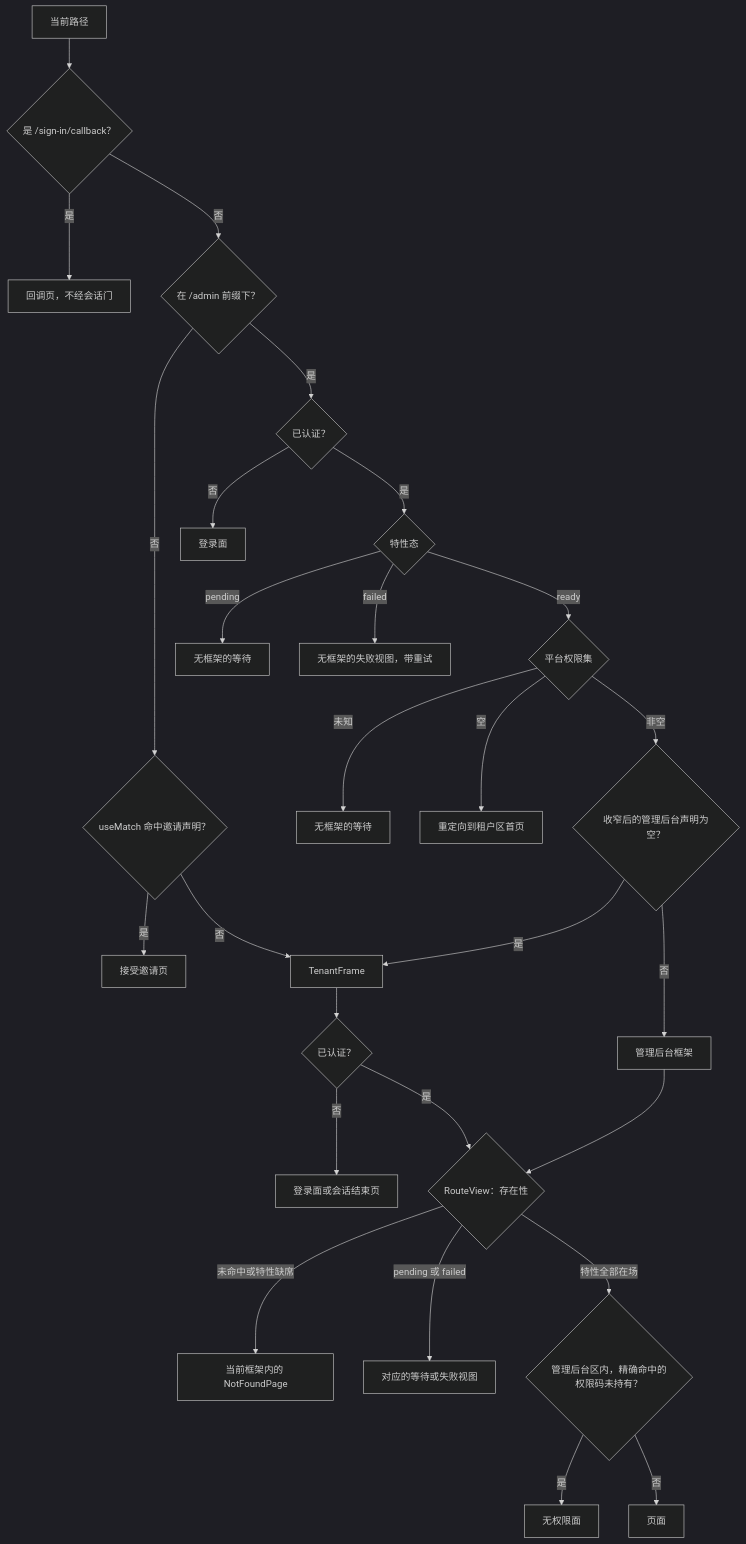
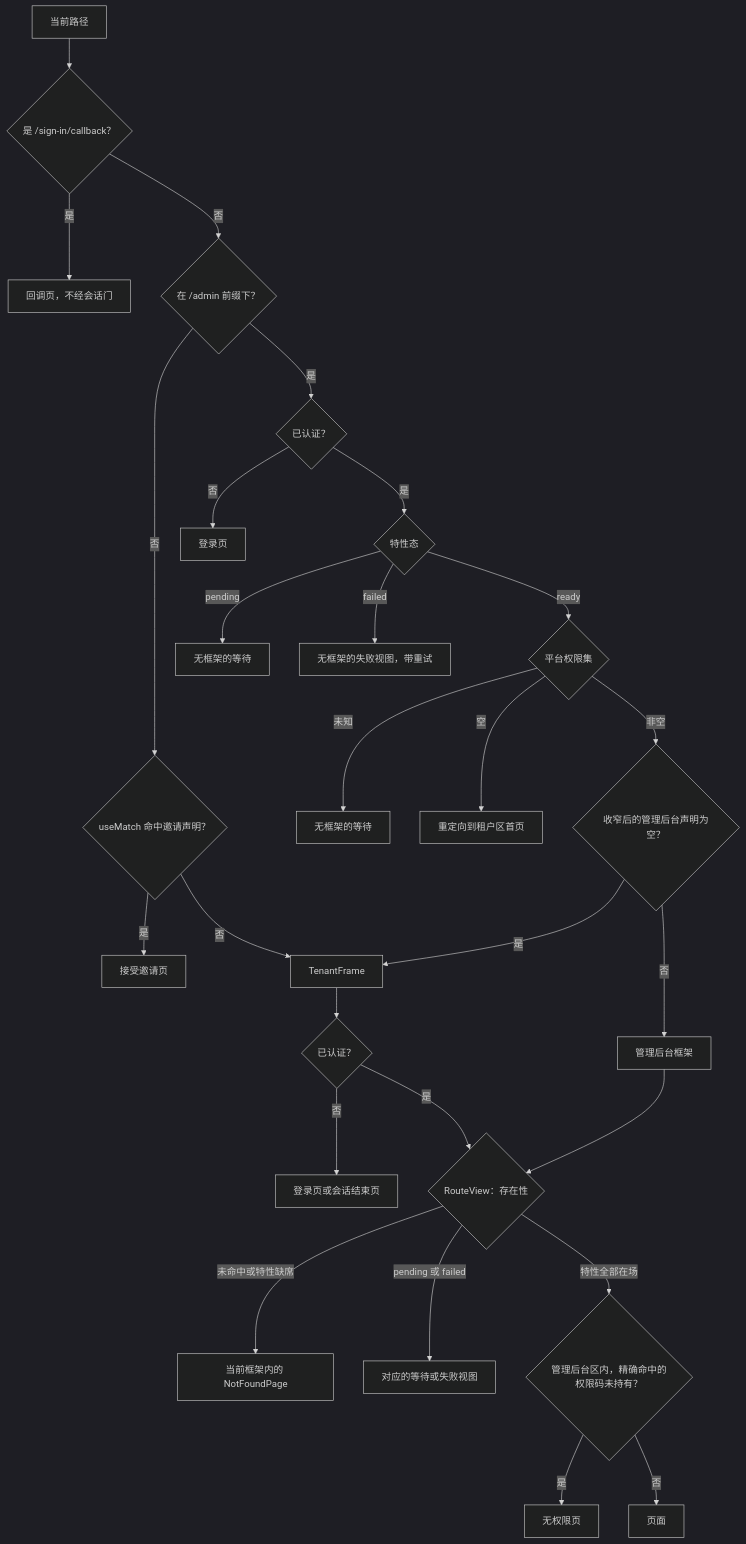
The second of 2 diagrams in docs/design/modules/design-starters.md (wangzw/speed), drawn with Mermaid (dark theme) before and after one commit. The commit also changed other lines of this file and 1 other file, not shown here.

````diff
--- a/docs/design/modules/design-starters.md
+++ b/docs/design/modules/design-starters.md
@@ -242,29 +242,29 @@
 ```mermaid
 flowchart TD
     path["当前路径"] --> cb{"是 /sign-in/callback？"}
     cb -->|是| cbpage["回调页，不经会话门"]
     cb -->|否| area{"在 /admin 前缀下？"}
     area -->|否| inv{"useMatch 命中邀请声明？"}
     inv -->|是| accept["接受邀请页"]
     inv -->|否| tframe["TenantFrame"]
     tframe --> tauth{"已认证？"}
-    tauth -->|否| tanon["登录面或会话结束页"]
+    tauth -->|否| tanon["登录页或会话结束页"]
     tauth -->|是| exist{"RouteView：存在性"}
     area -->|是| cauth{"已认证？"}
-    cauth -->|否| csign["登录面"]
+    cauth -->|否| csign["登录页"]
     cauth -->|是| fstate{"特性态"}
     fstate -->|pending| cwait["无框架的等待"]
     fstate -->|failed| cfail["无框架的失败视图，带重试"]
     fstate -->|ready| perms{"平台权限集"}
     perms -->|未知| pwait["无框架的等待"]
     perms -->|空| home["重定向到租户区首页"]
     perms -->|非空| narrowed{"收窄后的管理后台声明为空？"}
     narrowed -->|是| tframe
     narrowed -->|否| cframe["管理后台框架"]
     cframe --> exist
     exist -->|未命中或特性缺席| notfound["当前框架内的 NotFoundPage"]
     exist -->|pending 或 failed| gated["对应的等待或失败视图"]
     exist -->|特性全部在场| guard{"管理后台区内，精确命中的权限码未持有？"}
-    guard -->|是| denied["无权限面"]
+    guard -->|是| denied["无权限页"]
     guard -->|否| page["页面"]
 ```
````
